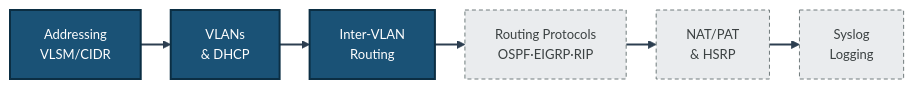
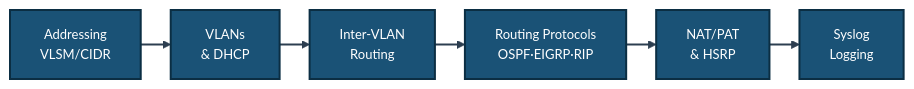
Before and after one commit to malaika-azhar/Cisco-Networking-Lab-Portfolio: the third of 6 diagrams in README.md, drawn with Mermaid. The commit also changed other lines of this file, not shown here.

````diff
--- a/README.md
+++ b/README.md
@@ -119,8 +121,8 @@
 ```mermaid
 %%{init: {'theme': 'base', 'themeVariables': {'fontSize': '13px'}, 'flowchart': {'nodeSpacing': 16, 'rankSpacing': 30}}}%%
 flowchart LR
-    A["Addressing<br/>VLSM/CIDR"]:::seen --> B["VLANs<br/>& DHCP"]:::seen --> C["Inter-VLAN<br/>Routing"]:::seen --> D["Routing Protocols<br/>OSPF·EIGRP·RIP"]:::unseen --> E["NAT/PAT<br/>& HSRP"]:::unseen --> F["Syslog<br/>Logging"]:::unseen
+    A["Addressing<br/>VLSM/CIDR"]:::seen --> B["VLANs<br/>& DHCP"]:::seen --> C["Inter-VLAN<br/>Routing"]:::seen --> D["Routing Protocols<br/>OSPF·EIGRP·RIP"]:::seen --> E["NAT/PAT<br/>& HSRP"]:::seen --> F["Syslog<br/>Logging"]:::seen
     classDef seen fill:#1A5276,stroke:#0B2E43,stroke-width:2px,color:#FFFFFF
     classDef unseen fill:#EAECEE,stroke:#707B7C,color:#3B4142,stroke-dasharray: 4 3
     linkStyle default stroke:#2C3E50,stroke-width:2px
 ```
````
